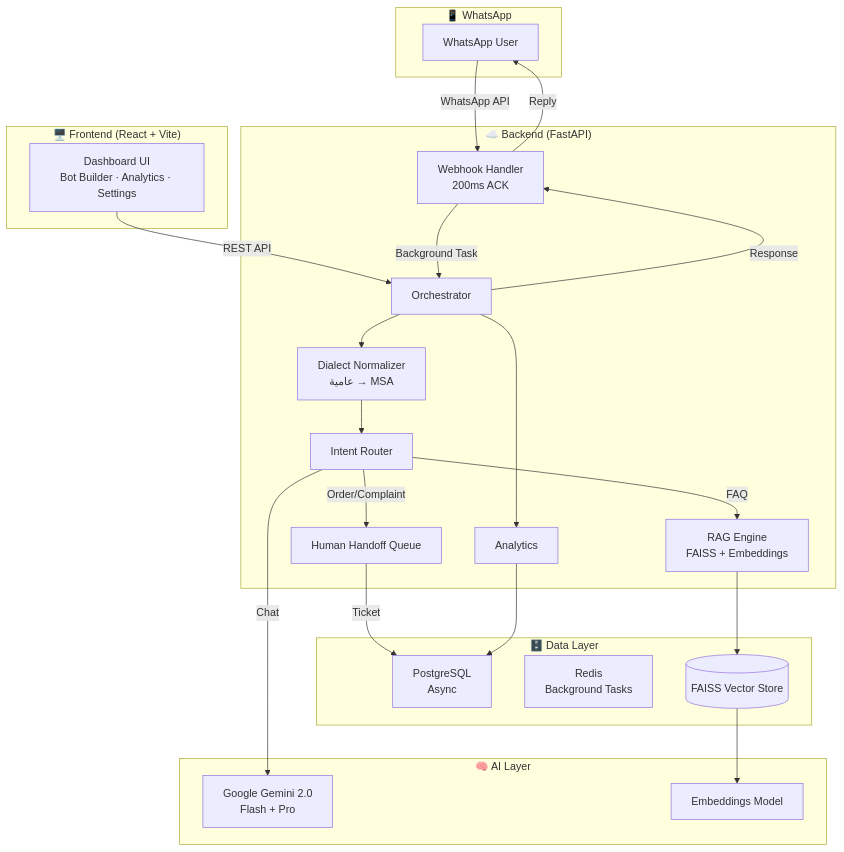
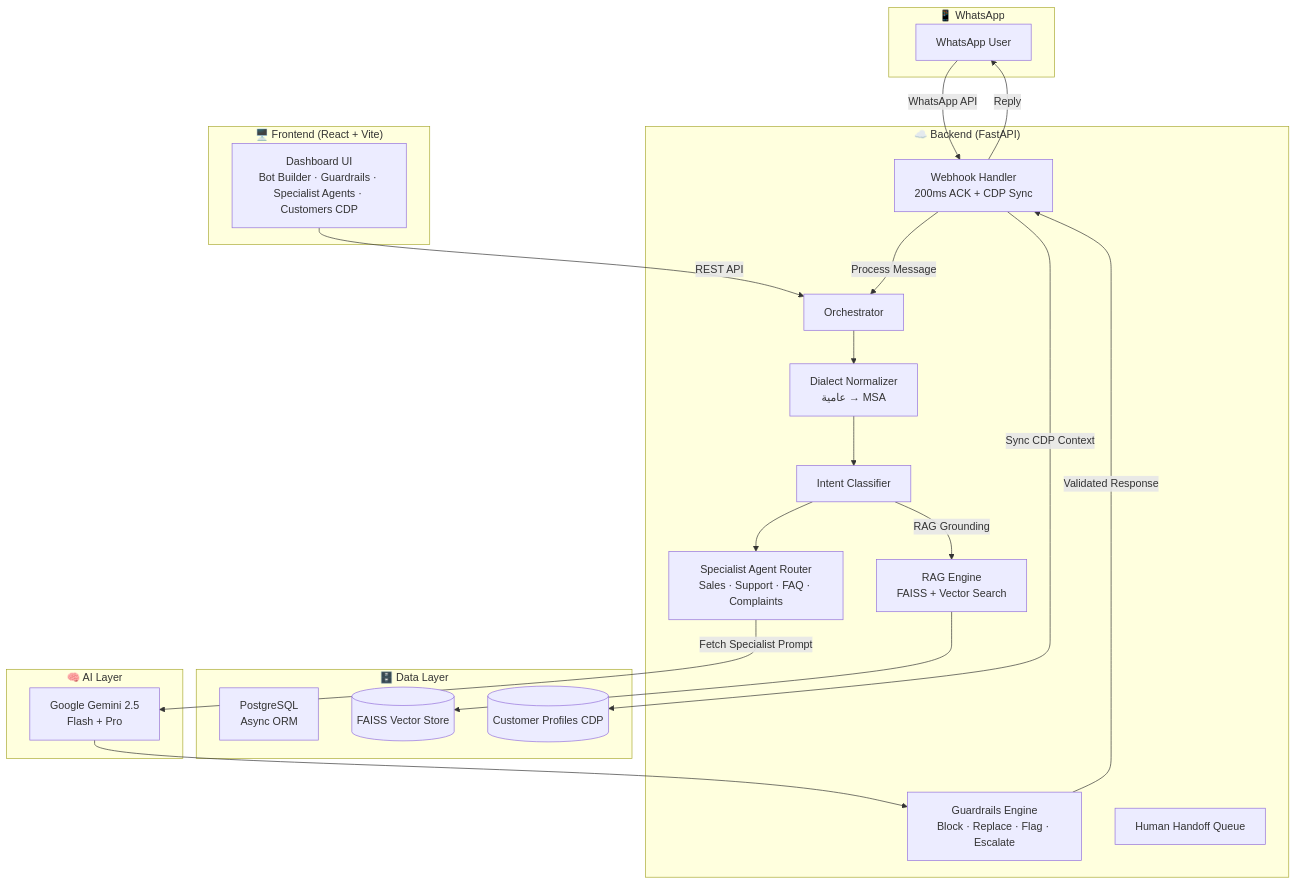
The diagram in README.md (AHMEDGabal1/arabbot-studio), drawn with Mermaid before and after one commit. The commit also changed other lines of this file, not shown here.

Commit message:
docs: update README.md with Phase 2A features, API endpoints, and architecture diagrams

````diff
--- a/README.md
+++ b/README.md
@@ -73,47 +79,45 @@
 ```mermaid
 graph TB
     subgraph "📱 WhatsApp"
         WA[WhatsApp User]
     end
 
     subgraph "🖥️ Frontend (React + Vite)"
-        UI[Dashboard UI<br/>Bot Builder · Analytics · Settings]
+        UI[Dashboard UI<br/>Bot Builder · Guardrails · Specialist Agents · Customers CDP]
     end
 
     subgraph "☁️ Backend (FastAPI)"
-        WB[Webhook Handler<br/>200ms ACK]
-        RT[Intent Router]
+        WB[Webhook Handler<br/>200ms ACK + CDP Sync]
         DN[Dialect Normalizer<br/>عامية → MSA]
-        RG[RAG Engine<br/>FAISS + Embeddings]
+        RT[Intent Classifier]
+        SA[Specialist Agent Router<br/>Sales · Support · FAQ · Complaints]
+        RG[RAG Engine<br/>FAISS + Vector Search]
+        GD[Guardrails Engine<br/>Block · Replace · Flag · Escalate]
         OR[Orchestrator]
         HH[Human Handoff Queue]
-        AN[Analytics]
     end
 
     subgraph "🗄️ Data Layer"
-        PG[PostgreSQL<br/>Async]
-        RD[Redis<br/>Background Tasks]
+        PG[PostgreSQL<br/>Async ORM]
         VS[(FAISS Vector Store)]
+        CDP[(Customer Profiles CDP)]
     end
 
     subgraph "🧠 AI Layer"
-        GM[Google Gemini 2.0<br/>Flash + Pro]
-        EM[Embeddings Model]
+        GM[Google Gemini 2.5<br/>Flash + Pro]
     end
 
     WA -->|WhatsApp API| WB
     UI -->|REST API| OR
-    WB -->|Background Task| OR
+    WB -->|Sync CDP Context| CDP
+    WB -->|Process Message| OR
     OR --> DN
     DN --> RT
-    RT -->|FAQ| RG
-    RT -->|Order/Complaint| HH
-    RT -->|Chat| GM
+    RT --> SA
+    SA -->|Fetch Specialist Prompt| GM
+    RT -->|RAG Grounding| RG
     RG --> VS
-    VS --> EM
-    HH -->|Ticket| PG
-    OR -->|Response| WB
-    OR --> AN
-    AN --> PG
+    GM --> GD
+    GD -->|Validated Response| WB
     WB -->|Reply| WA
 ```
````
